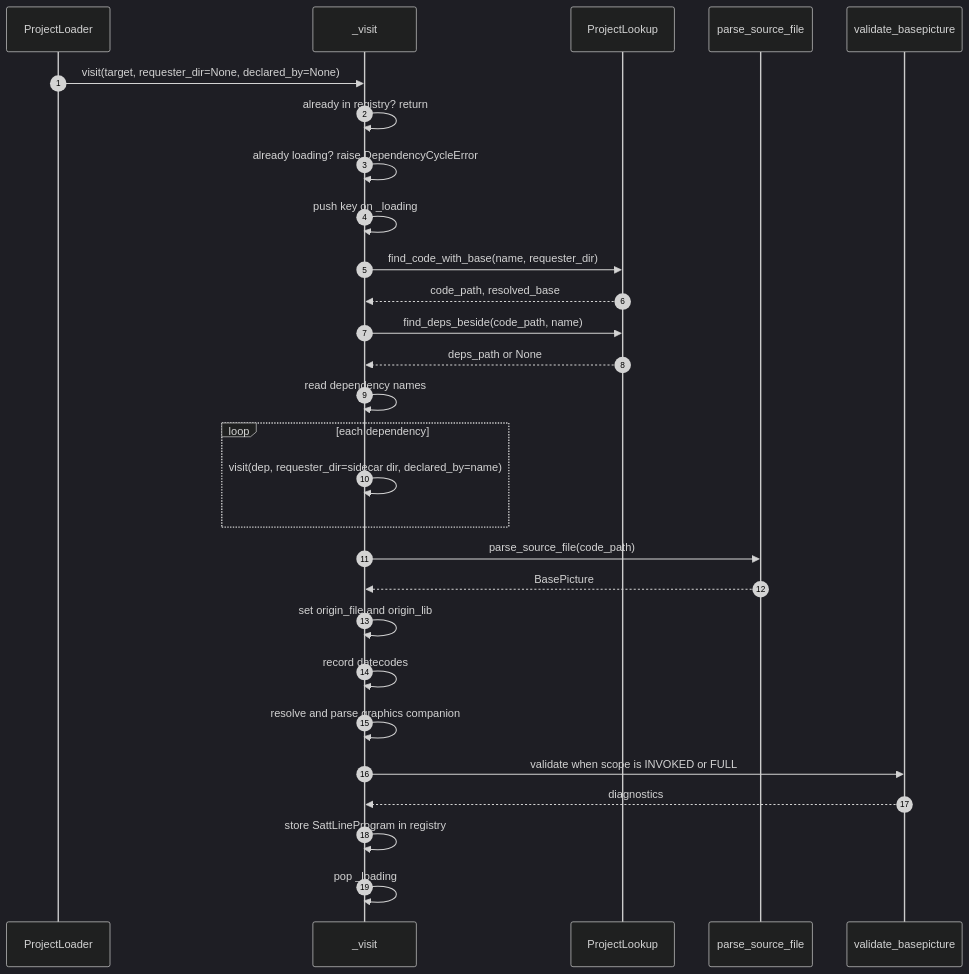
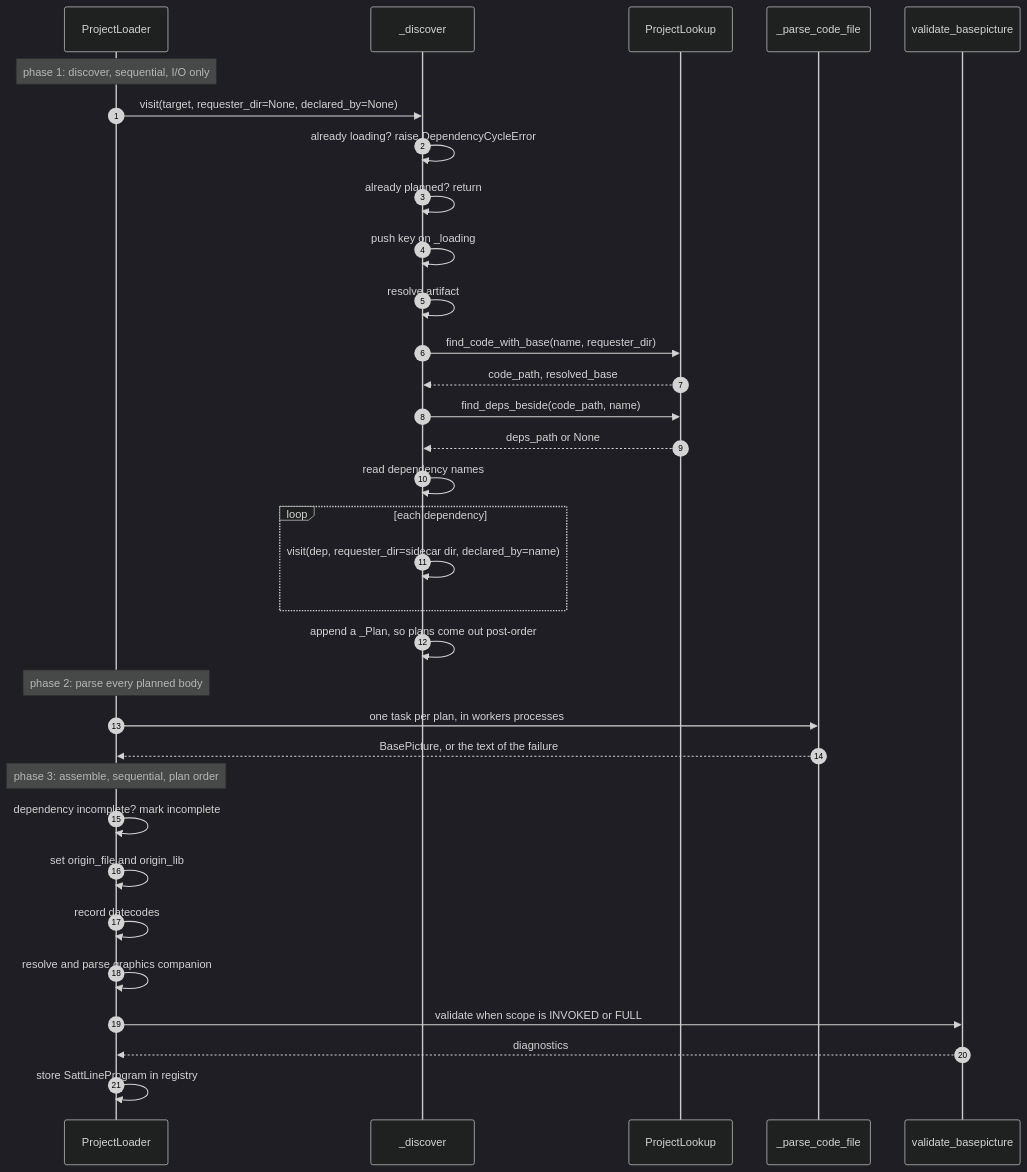
Before and after one commit to SorenHJohansen/sattline-parser: the third of 6 diagrams in docs/project.md, drawn with Mermaid (dark theme). The commit also changed other lines of this file and 33 other files, not shown here.

````diff
--- a/docs/project.md
+++ b/docs/project.md
@@ -76,31 +76,36 @@
 ```mermaid
 sequenceDiagram
     autonumber
     participant L as ProjectLoader
-    participant V as _visit
+    participant V as _discover
     participant F as ProjectLookup
-    participant P as parse_source_file
+    participant P as _parse_code_file
     participant VAL as validate_basepicture
 
+    Note over L: phase 1: discover, sequential, I/O only
     L->>V: visit(target, requester_dir=None, declared_by=None)
-    V->>V: already in registry? return
     V->>V: already loading? raise DependencyCycleError
+    V->>V: already planned? return
     V->>V: push key on _loading
+    V->>V: resolve artifact
     V->>F: find_code_with_base(name, requester_dir)
     F-->>V: code_path, resolved_base
     V->>F: find_deps_beside(code_path, name)
     F-->>V: deps_path or None
     V->>V: read dependency names
     loop each dependency
         V->>V: visit(dep, requester_dir=sidecar dir, declared_by=name)
     end
-    V->>P: parse_source_file(code_path)
-    P-->>V: BasePicture
-    V->>V: set origin_file and origin_lib
-    V->>V: record datecodes
-    V->>V: resolve and parse graphics companion
-    V->>VAL: validate when scope is INVOKED or FULL
-    VAL-->>V: diagnostics
-    V->>V: store SattLineProgram in registry
-    V->>V: pop _loading
+    V->>V: append a _Plan, so plans come out post-order
+    Note over L: phase 2: parse every planned body
+    L->>P: one task per plan, in workers processes
+    P-->>L: BasePicture, or the text of the failure
+    Note over L: phase 3: assemble, sequential, plan order
+    L->>L: dependency incomplete? mark incomplete
+    L->>L: set origin_file and origin_lib
+    L->>L: record datecodes
+    L->>L: resolve and parse graphics companion
+    L->>VAL: validate when scope is INVOKED or FULL
+    VAL-->>L: diagnostics
+    L->>L: store SattLineProgram in registry
 ```
````
